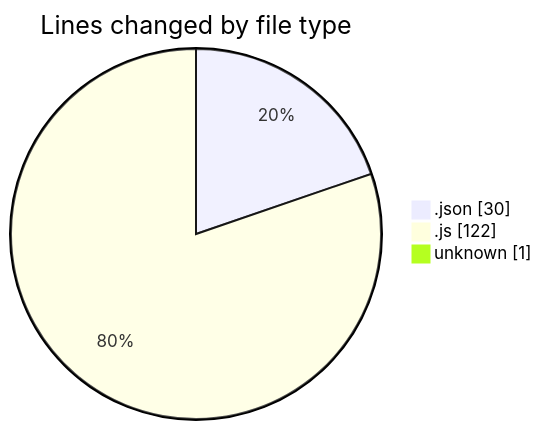
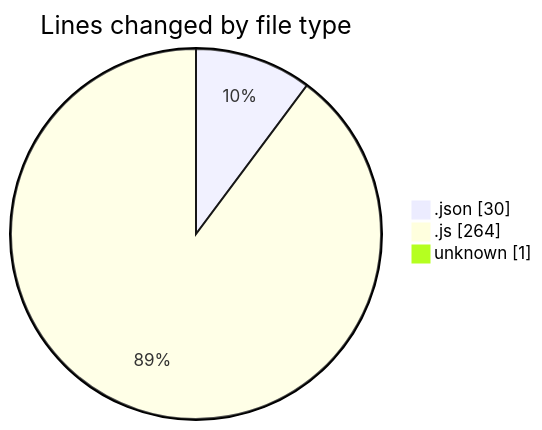
Before and after one commit to Ritupan-Deka/code-tracking: the first of 2 diagrams in 2025-07-16/mern-workoutboard/README.md, drawn with Mermaid. The commit also changed other lines of this file and 1 other file, not shown here.

````diff
--- a/2025-07-16/mern-workoutboard/README.md
+++ b/2025-07-16/mern-workoutboard/README.md
@@ -23,7 +23,7 @@
 ```mermaid
 pie showData
 title Lines changed by file type
 ".json" : 30
-".js" : 122
+".js" : 264
 "unknown" : 1
 ```
````
